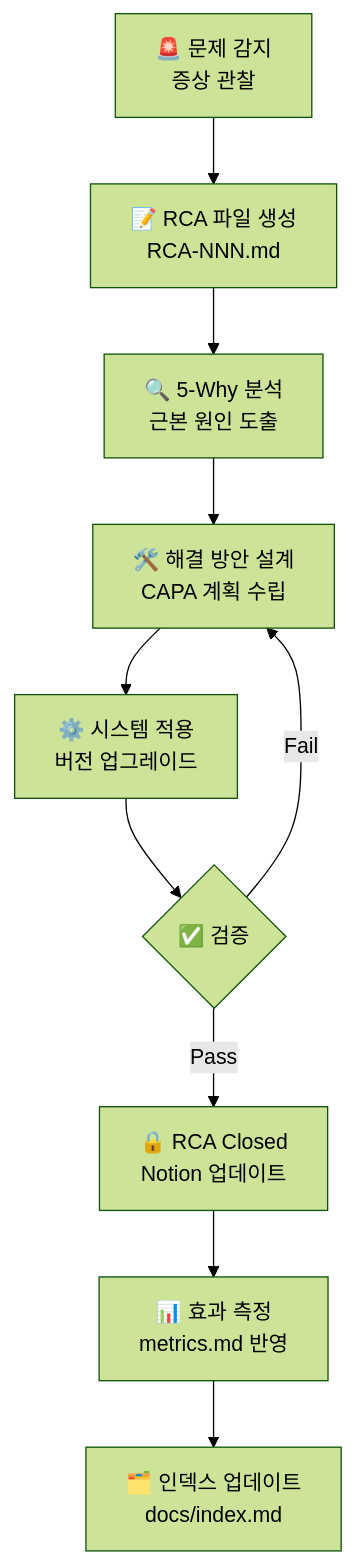
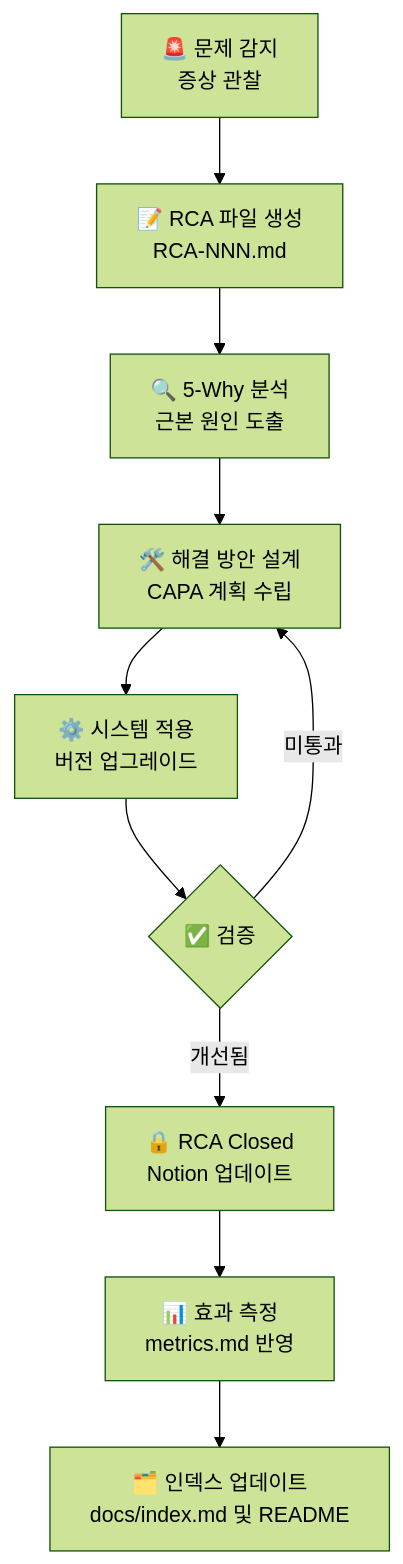
One commit to GilbertKwak/prompt-engineering-system changed the diagram in docs/rca-capa/README.md. Above: the diagram before and after it, drawn with Mermaid (forest theme). The commit also changed other lines of this file, not shown here.

Commit message:
docs: rca-capa/README.md v2.1 — RCA 계층 앤커 네비게이션 + Open RCA 신규 등록 템플릿 보강

````diff
--- a/docs/rca-capa/README.md
+++ b/docs/rca-capa/README.md
@@ -29,12 +57,12 @@
 ```mermaid
 flowchart TD
     A[🚨 문제 감지<br/>증상 관찰] --> B[📝 RCA 파일 생성<br/>RCA-NNN.md]
     B --> C[🔍 5-Why 분석<br/>근본 원인 도출]
     C --> D[🛠️ 해결 방안 설계<br/>CAPA 계획 수립]
     D --> E[⚙️ 시스템 적용<br/>버전 업그레이드]
     E --> F{✅ 검증}
-    F -->|Pass| G[🔒 RCA Closed<br/>Notion 업데이트]
-    F -->|Fail| D
+    F -->|개선됨| G[🔒 RCA Closed<br/>Notion 업데이트]
+    F -->|미통과| D
     G --> H[📊 효과 측정<br/>metrics.md 반영]
-    H --> I[🗂️ 인덱스 업데이트<br/>docs/index.md]
+    H --> I[🗂️ 인덱스 업데이트<br/>docs/index.md 및 README]
 ```
````
